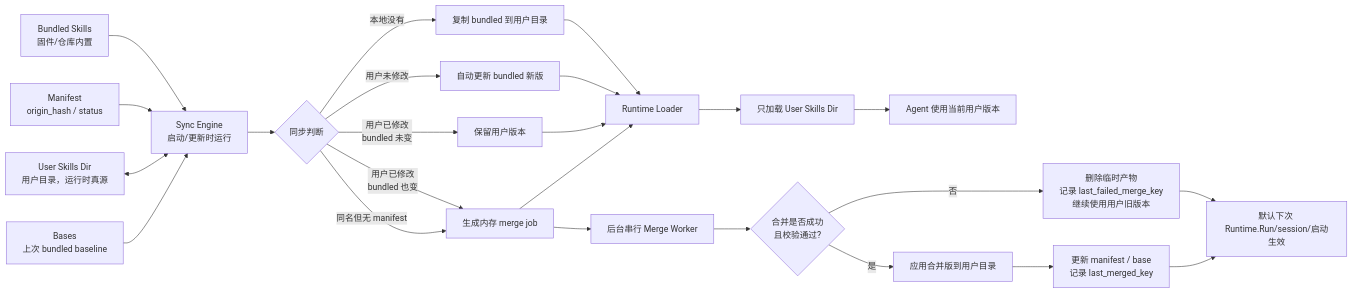
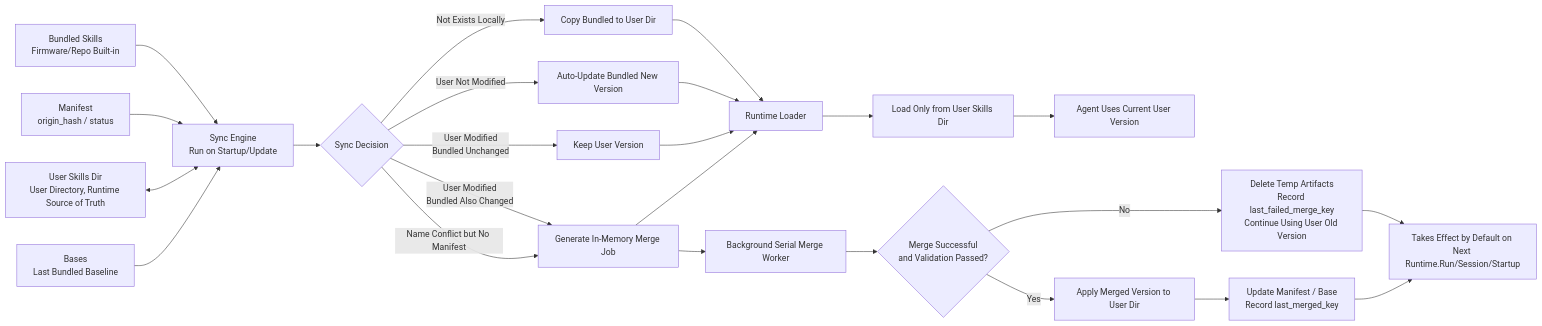
The diagram in docs/04-agent/skills-merge-design.md (AidenAI-IO/aiden-firmware), drawn with Mermaid before and after one commit. The commit also changed other lines of this file and 6 other files, not shown here.

````diff
--- a/docs/04-agent/skills-merge-design.md
+++ b/docs/04-agent/skills-merge-design.md
@@ -143,31 +143,31 @@
 ```mermaid
 flowchart LR
-    A[Bundled Skills<br/>固件/仓库内置] --> B[Sync Engine<br/>启动/更新时运行]
+    A[Bundled Skills<br/>Firmware/Repo Built-in] --> B[Sync Engine<br/>Run on Startup/Update]
     C[Manifest<br/>origin_hash / status] --> B
-    D[User Skills Dir<br/>用户目录，运行时真源] <--> B
-    Y[Bases<br/>上次 bundled baseline] --> B
+    D[User Skills Dir<br/>User Directory, Runtime Source of Truth] <--> B
+    Y[Bases<br/>Last Bundled Baseline] --> B
 
-    B --> E{同步判断}
+    B --> E{Sync Decision}
 
-    E -->|本地没有| F[复制 bundled 到用户目录]
-    E -->|用户未修改| G[自动更新 bundled 新版]
-    E -->|用户已修改<br/>bundled 未变| H[保留用户版本]
-    E -->|用户已修改<br/>bundled 也变| I[生成内存 merge job]
-    E -->|同名但无 manifest| I
+    E -->|Not Exists Locally| F[Copy Bundled to User Dir]
+    E -->|User Not Modified| G[Auto-Update Bundled New Version]
+    E -->|User Modified<br/>Bundled Unchanged| H[Keep User Version]
+    E -->|User Modified<br/>Bundled Also Changed| I[Generate In-Memory Merge Job]
+    E -->|Name Conflict but No Manifest| I
 
     I --> R[Runtime Loader]
     F --> R
     G --> R
     H --> R
 
-    R --> S[只加载 User Skills Dir]
-    S --> T[Agent 使用当前用户版本]
+    R --> S[Load Only from User Skills Dir]
+    S --> T[Agent Uses Current User Version]
 
-    I --> W[后台串行 Merge Worker]
-    W --> J{合并是否成功<br/>且校验通过?}
-    J -->|否| K[删除临时产物<br/>记录 last_failed_merge_key<br/>继续使用用户旧版本]
-    J -->|是| M[应用合并版到用户目录]
-    M --> N[更新 manifest / base<br/>记录 last_merged_key]
-    N --> U[默认下次 Runtime.Run/session/启动生效]
+    I --> W[Background Serial Merge Worker]
+    W --> J{Merge Successful<br/>and Validation Passed?}
+    J -->|No| K[Delete Temp Artifacts<br/>Record last_failed_merge_key<br/>Continue Using User Old Version]
+    J -->|Yes| M[Apply Merged Version to User Dir]
+    M --> N[Update Manifest / Base<br/>Record last_merged_key]
+    N --> U[Takes Effect by Default on Next Runtime.Run/Session/Startup]
     K --> U
 ```
````
